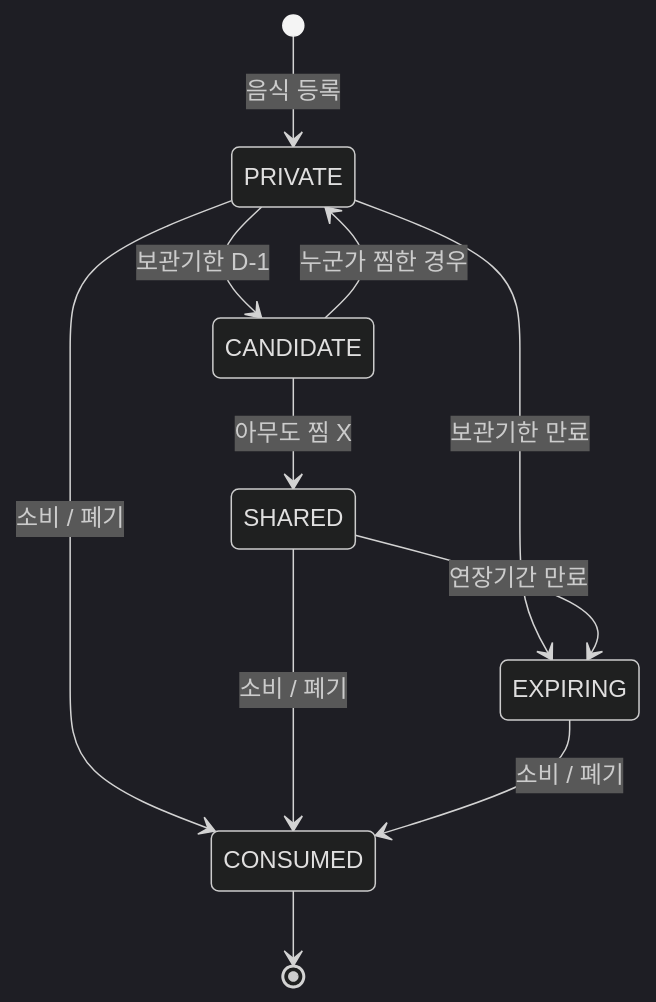
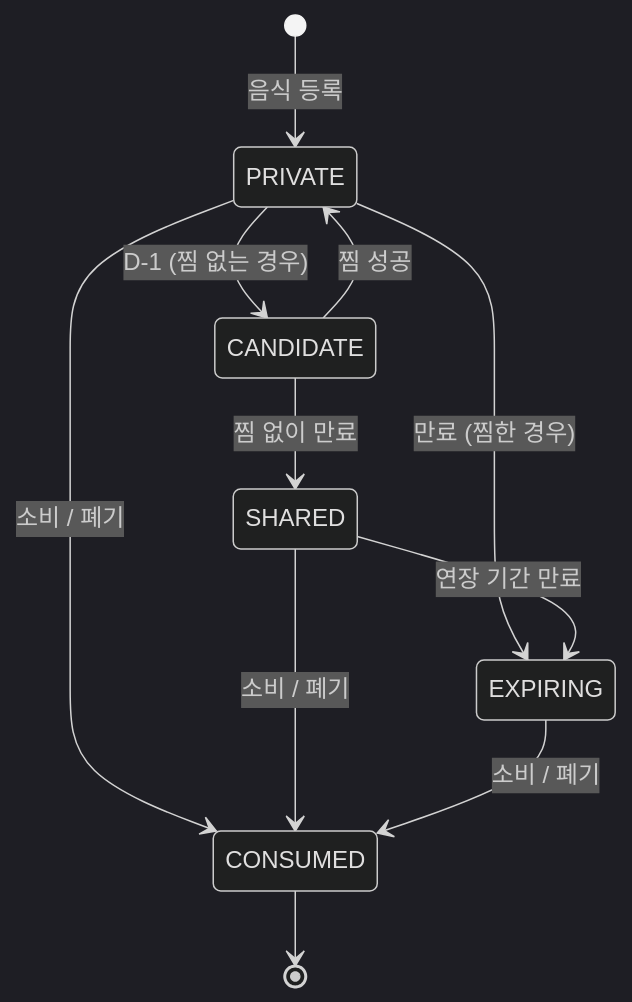
The first of 2 diagrams in README.md (KHGH123/Nangjanggo), drawn with Mermaid (dark theme) before and after one commit. The commit also changed other lines of this file and 1 other file, not shown here.

````diff
--- a/README.md
+++ b/README.md
@@ -44,18 +109,18 @@
 ```mermaid
 stateDiagram-v2
     [*] --> PRIVATE : 음식 등록
 
-    PRIVATE --> CANDIDATE : 보관기한 D-1
-    PRIVATE --> EXPIRING  : 보관기한 만료
+    PRIVATE --> CANDIDATE : D-1 (찜 없는 경우)
+    PRIVATE --> EXPIRING  : 만료 (찜한 경우)
 
-    CANDIDATE --> PRIVATE : 누군가 찜한 경우
-    CANDIDATE --> SHARED  : 아무도 찜 X
+    CANDIDATE --> PRIVATE : 찜 성공
+    CANDIDATE --> SHARED  : 찜 없이 만료
 
-    SHARED --> EXPIRING : 연장기간 만료
+    SHARED --> EXPIRING : 연장 기간 만료
 
     PRIVATE  --> CONSUMED : 소비 / 폐기
     SHARED   --> CONSUMED : 소비 / 폐기
     EXPIRING --> CONSUMED : 소비 / 폐기
 
     CONSUMED --> [*]
 ```
````
